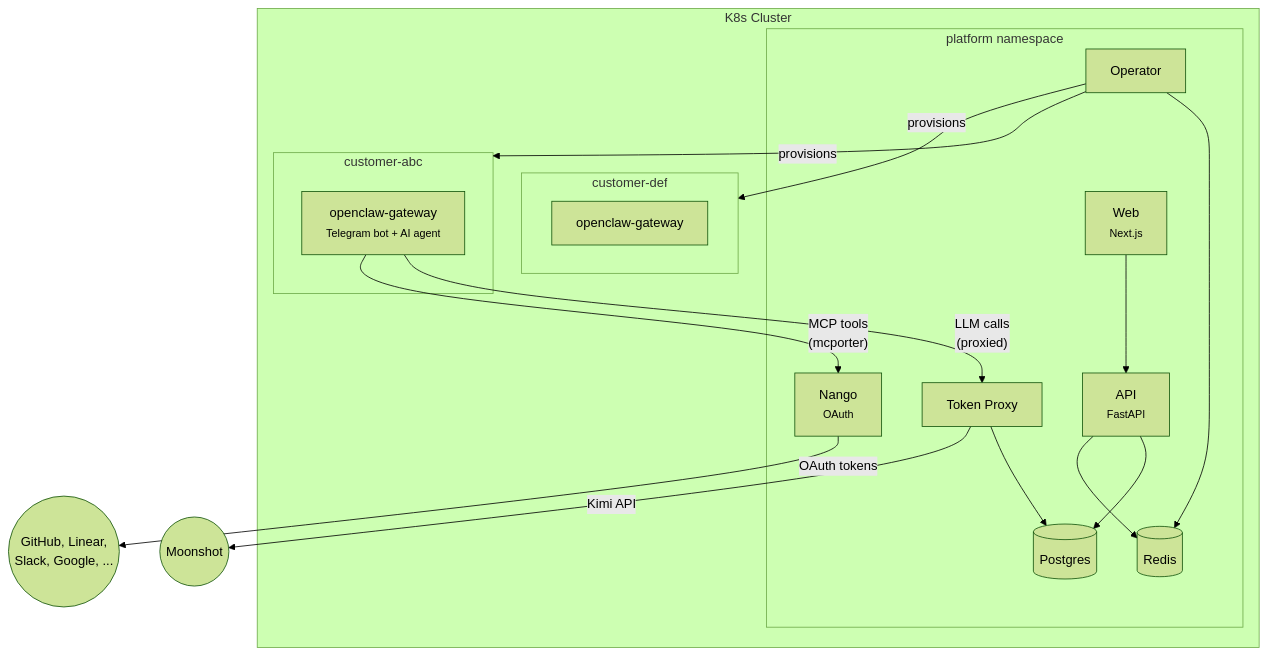
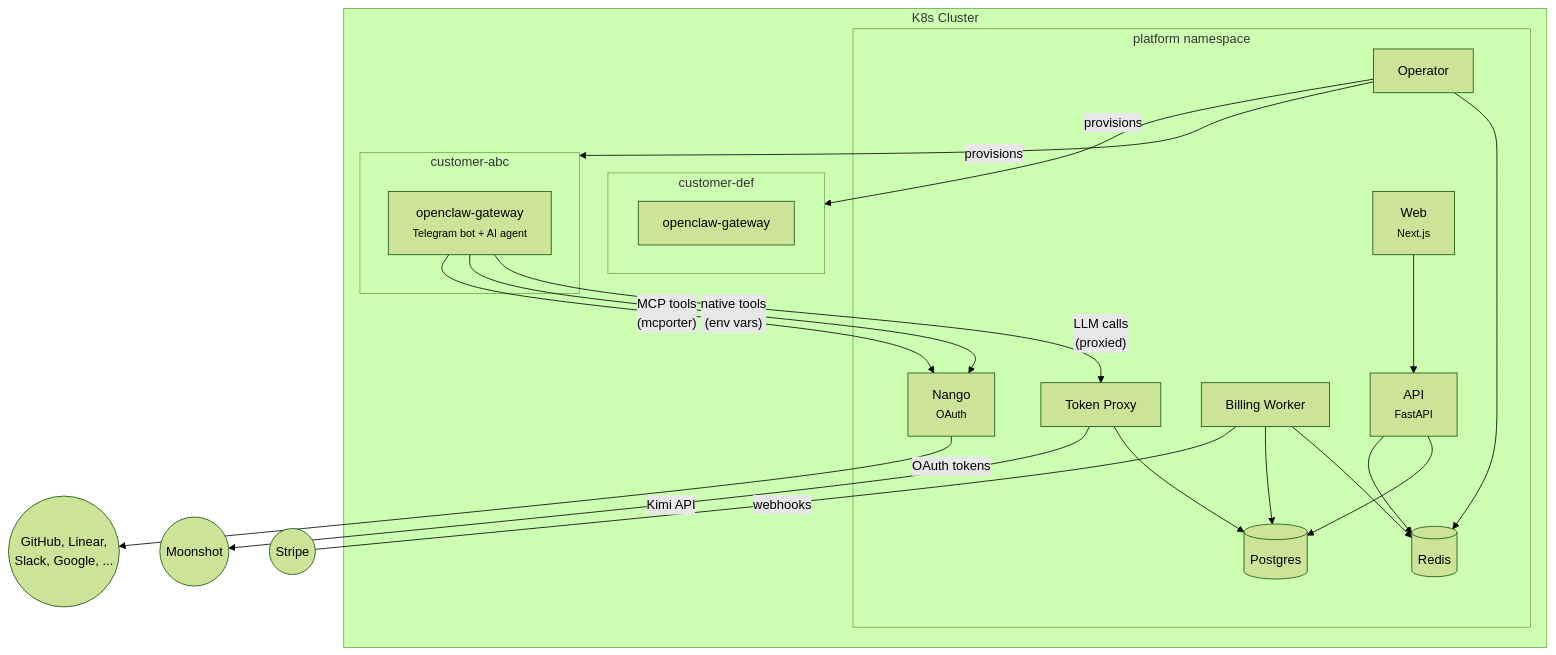
Before and after one commit to andreabadesso/openclaw-cloud: the first of 2 diagrams in README.md, drawn with Mermaid (forest theme). The commit also changed other lines of this file, not shown here.

First line of the commit message:
docs: update README with billing-worker, native vs MCP providers, CI, tests

````diff
--- a/README.md
+++ b/README.md
@@ -24,36 +24,41 @@
 ```mermaid
 graph TB
   subgraph cluster["K8s Cluster"]
     subgraph platform["platform namespace"]
       web["Web<br/><small>Next.js</small>"]
       api["API<br/><small>FastAPI</small>"]
       operator["Operator"]
       proxy["Token Proxy"]
+      billing["Billing Worker"]
       nango["Nango<br/><small>OAuth</small>"]
       pg[("Postgres")]
       redis[("Redis")]
 
       web --> api
       api --> pg
       api --> redis
       operator --> redis
+      billing --> redis
+      billing --> pg
       proxy --> pg
     end
 
     subgraph c1["customer-abc"]
       gw1["openclaw-gateway<br/><small>Telegram bot + AI agent</small>"]
     end
 
     subgraph c2["customer-def"]
       gw2["openclaw-gateway"]
     end
 
     gw1 -- "LLM calls<br/>(proxied)" --> proxy
+    gw1 -- "native tools<br/>(env vars)" --> nango
     gw1 -- "MCP tools<br/>(mcporter)" --> nango
     operator -- "provisions" --> c1
     operator -- "provisions" --> c2
   end
 
+  billing -- "webhooks" --- stripe(("Stripe"))
   proxy -- "Kimi API" --> moonshot(("Moonshot"))
   nango -- "OAuth tokens" --> providers(("GitHub, Linear,<br/>Slack, Google, ..."))
 ```
````
